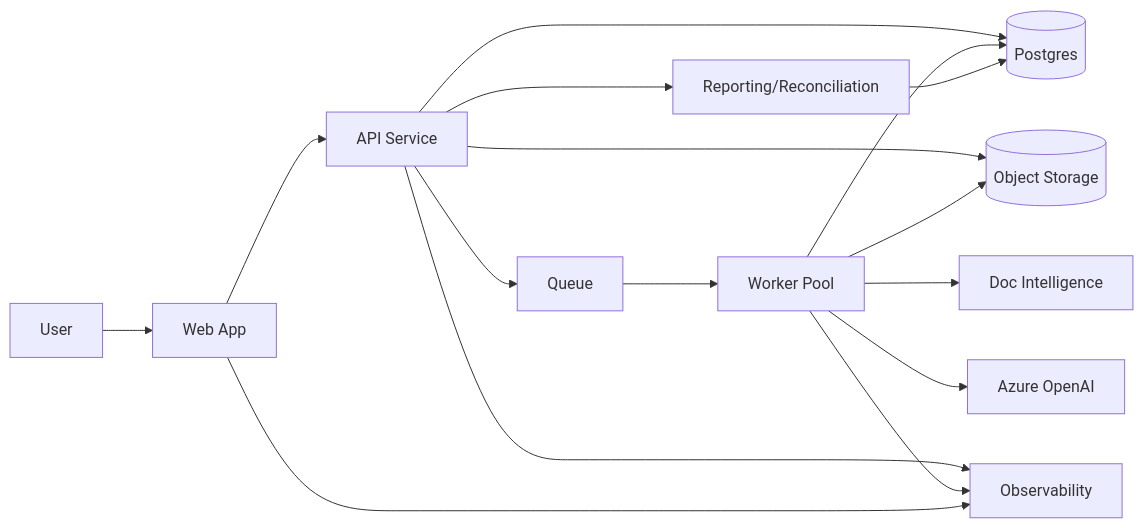
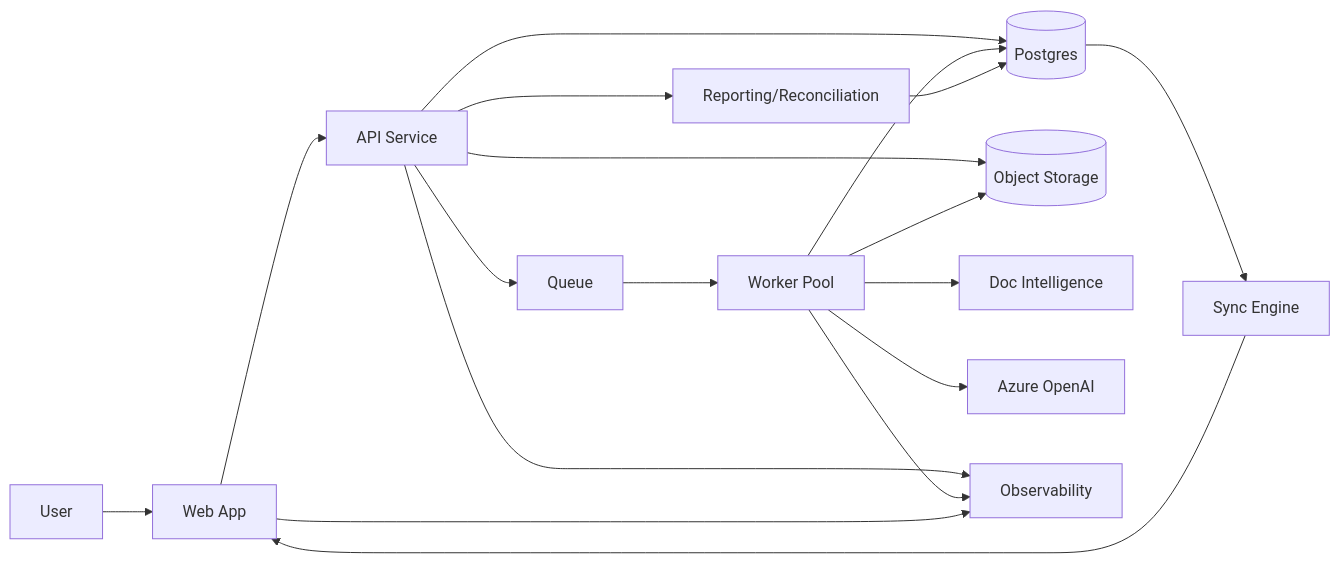
Before and after one commit to joseph-grospe/taxgenie-hackathon: the first of 2 diagrams in docs/ARCHITECTURE.md, drawn with Mermaid. The commit also changed other lines of this file, not shown here.

Commit message:
Update arch with sync engine

````diff
--- a/docs/ARCHITECTURE.md
+++ b/docs/ARCHITECTURE.md
@@ -15,19 +15,21 @@
 ```mermaid
 flowchart LR
     U[User] --> W[Web App]
     W --> A[API Service]
     A --> DB[(Postgres)]
+    DB --> SYNC[Sync Engine]
+    SYNC --> W
     A --> OBJ[(Object Storage)]
     A --> Q[Queue]
     Q --> WK[Worker Pool]
     WK --> DI[Doc Intelligence]
     WK --> LLM[Azure OpenAI]
     WK --> DB
     WK --> OBJ
     A --> RPT[Reporting/Reconciliation]
     RPT --> DB
 
     A --> OBS[Observability]
     WK --> OBS
     W --> OBS
 ```
````
